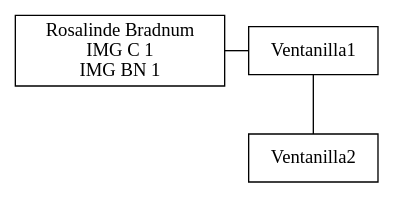
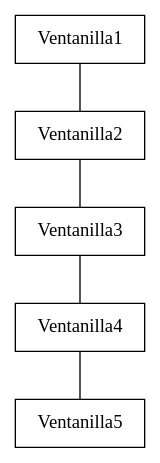
Before and after one commit to d-acetun/simulacion-sistema-impresion-de-imagenes: the diagram in Fase1/listaVentanillas.dot, drawn with Graphviz. The commit also changed 14 other files, not shown here.

```diff
--- a/Fase1/listaVentanillas.dot
+++ b/Fase1/listaVentanillas.dot
@@ -1,11 +1,14 @@
 digraph listaVentanillas {
 node[shape=box]
 edge[arrowhead=none]
 0 [label=Ventanilla1]
-1 [label="Rosalinde Bradnum\nIMG C 1\nIMG BN 1"]
-2 [label=Ventanilla2]
-1->0
-0->2
-{rank=same; 1; 0}
+1 [label=Ventanilla2]
+2 [label=Ventanilla3]
+3 [label=Ventanilla4]
+4 [label=Ventanilla5]
+0->1
+1->2
+2->3
+3->4
 rankdir=TB
 }
```
